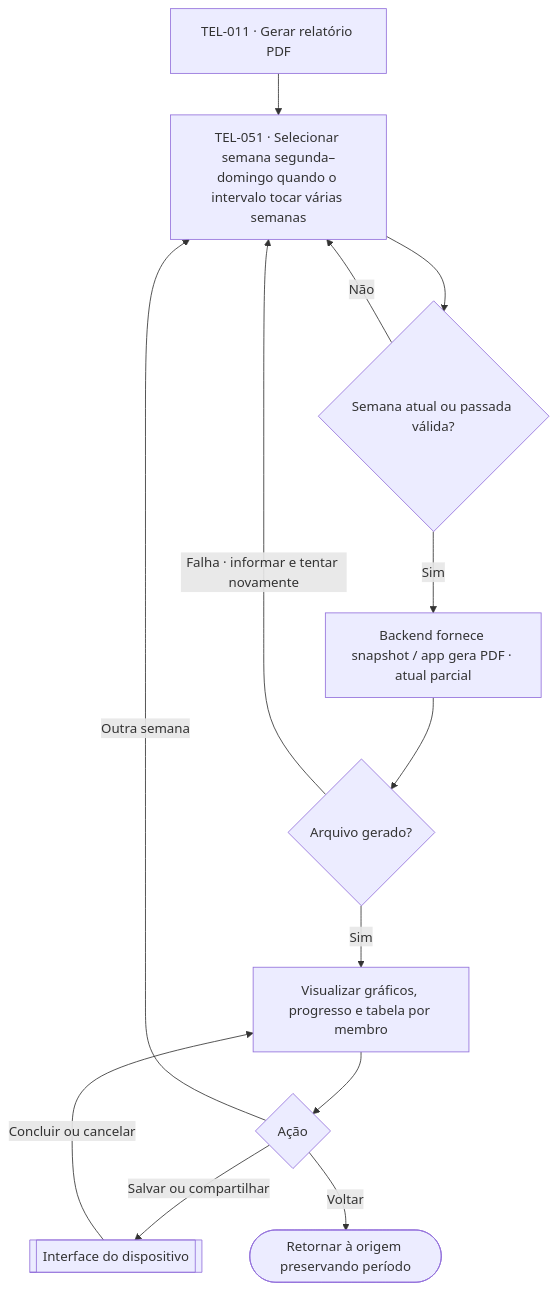
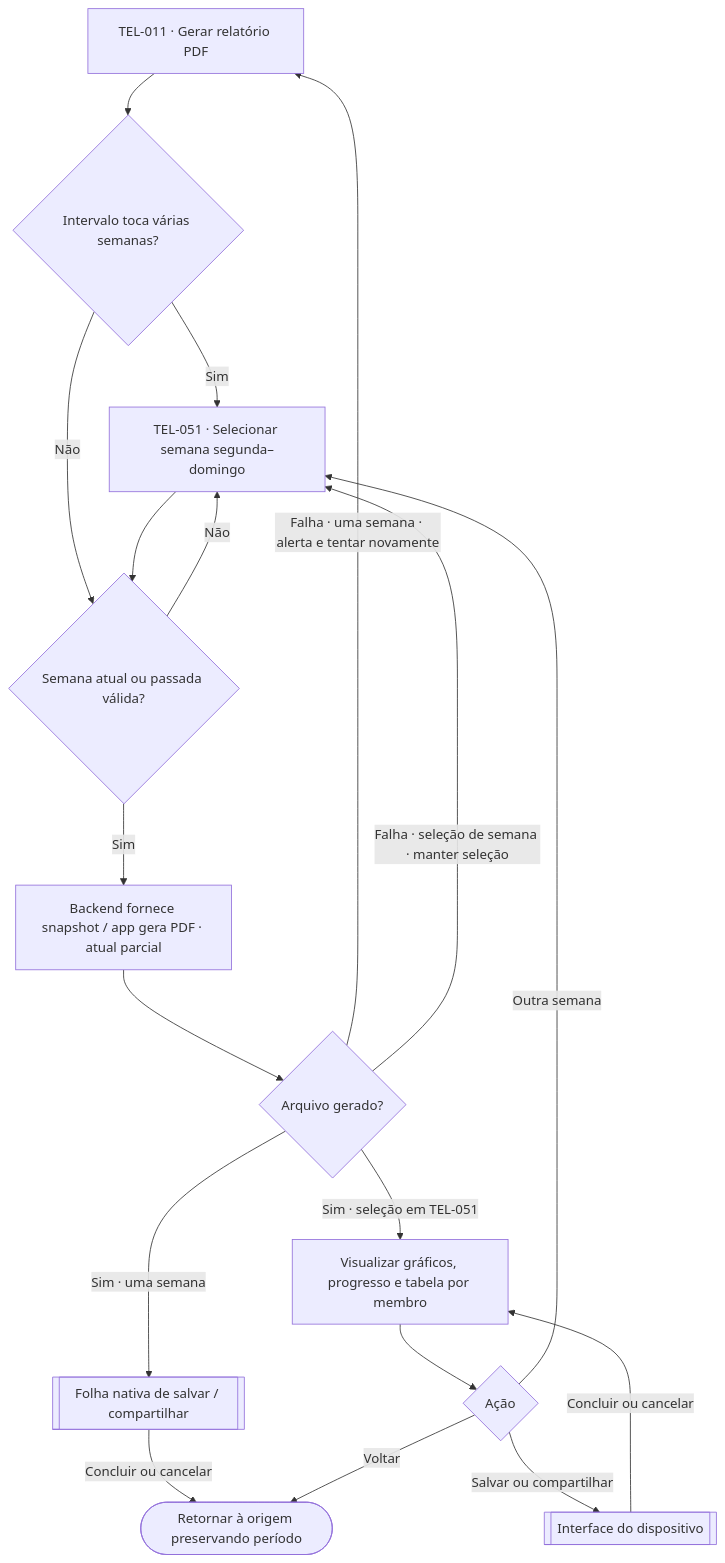
Diagram 14 of 16 in docs/design/user-flows.md (lizandramalta/App-Rotina-Familiar), drawn with Mermaid before and after one commit. The commit also changed other lines of this file and 80 other files, not shown here.

Commit message:
feat(family): align family screens and recognition flows

````diff
--- a/docs/design/user-flows.md
+++ b/docs/design/user-flows.md
@@ -527,15 +530,20 @@
 ```mermaid
 flowchart TD
-    A["TEL-011 · Gerar relatório PDF"] --> B["TEL-051 · Selecionar semana segunda–domingo quando o intervalo tocar várias semanas"]
-    B --> C{"Semana atual ou passada válida?"}
+    A["TEL-011 · Gerar relatório PDF"] --> J{"Intervalo toca várias semanas?"}
+    J -->|Sim| B["TEL-051 · Selecionar semana segunda–domingo"]
+    J -->|Não| C{"Semana atual ou passada válida?"}
+    B --> C
     C -->|Não| B
     C -->|Sim| D["Backend fornece snapshot / app gera PDF · atual parcial"]
     D --> E{"Arquivo gerado?"}
-    E -->|Falha · informar e tentar novamente| B
-    E -->|Sim| F["Visualizar gráficos, progresso e tabela por membro"]
+    E -->|Falha · uma semana · alerta e tentar novamente| A
+    E -->|Falha · seleção de semana · manter seleção| B
+    E -->|Sim · uma semana| H1[["Folha nativa de salvar / compartilhar"]]
+    E -->|Sim · seleção em TEL-051| F["Visualizar gráficos, progresso e tabela por membro"]
     F --> G{"Ação"}
-    G -->|Salvar ou compartilhar| H[["Interface do dispositivo"]]
-    H -->|Concluir ou cancelar| F
+    G -->|Salvar ou compartilhar| H2[["Interface do dispositivo"]]
+    H2 -->|Concluir ou cancelar| F
+    H1 -->|Concluir ou cancelar| I
     G -->|Outra semana| B
     G -->|Voltar| I(["Retornar à origem preservando período"])
 ```
````
